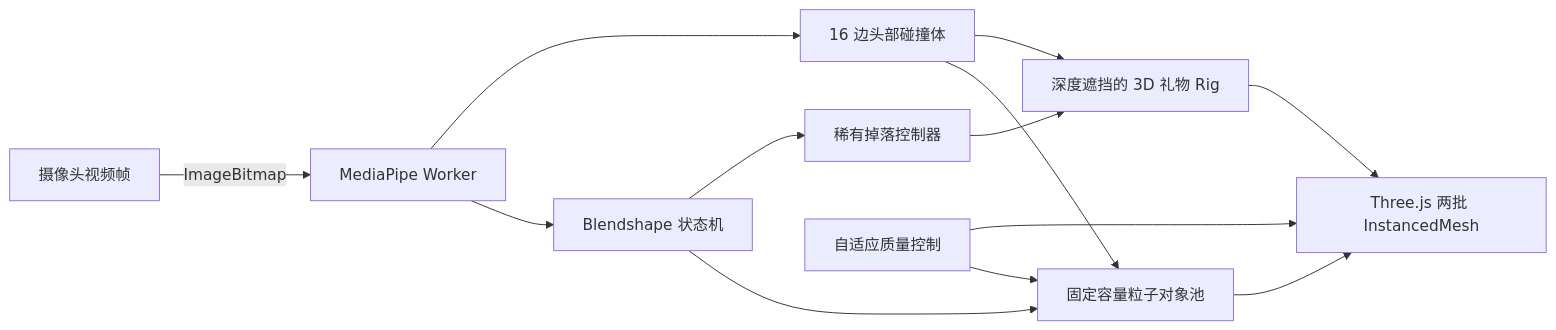
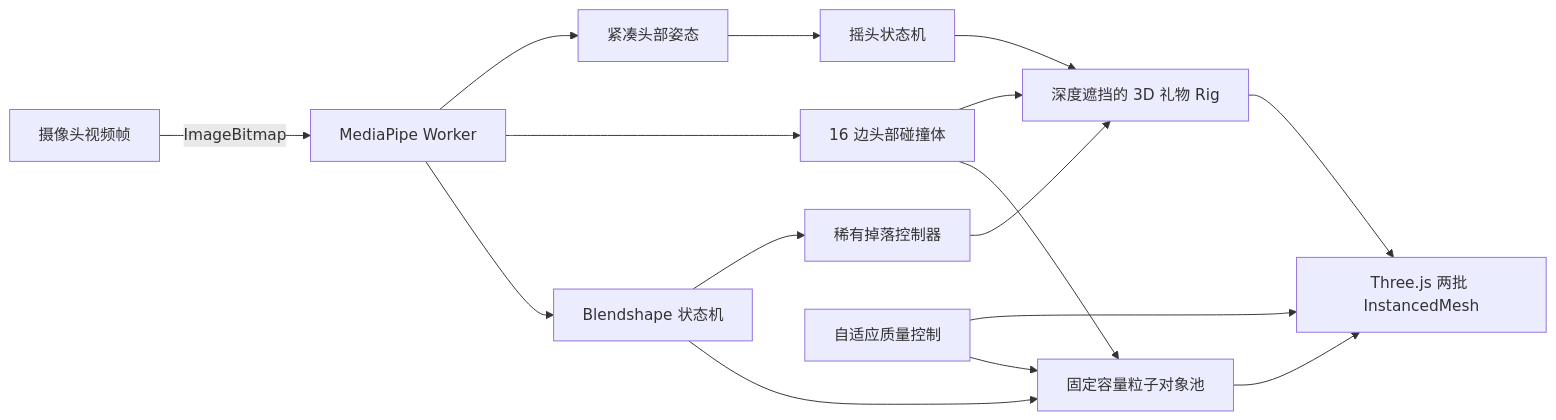
Before and after one commit to eventlp02-commits/AR-Simtle-storm: the diagram in README.md, drawn with Mermaid. The commit also changed other lines of this file and 18 other files, not shown here.

````diff
--- a/README.md
+++ b/README.md
@@ -43,15 +43,18 @@
 ```mermaid
 flowchart LR
   A[摄像头视频帧] -->|ImageBitmap| B[MediaPipe Worker]
   B --> C[Blendshape 状态机]
   B --> D[16 边头部碰撞体]
+  B --> J[紧凑头部姿态]
   C --> E[固定容量粒子对象池]
   D --> E
   E --> F[Three.js 两批 InstancedMesh]
   D --> H[深度遮挡的 3D 礼物 Rig]
   C --> I[稀有掉落控制器]
   I --> H
+  J --> K[摇头状态机]
+  K --> H
   H --> F
   G[自适应质量控制] --> E
   G --> F
 ```
````
